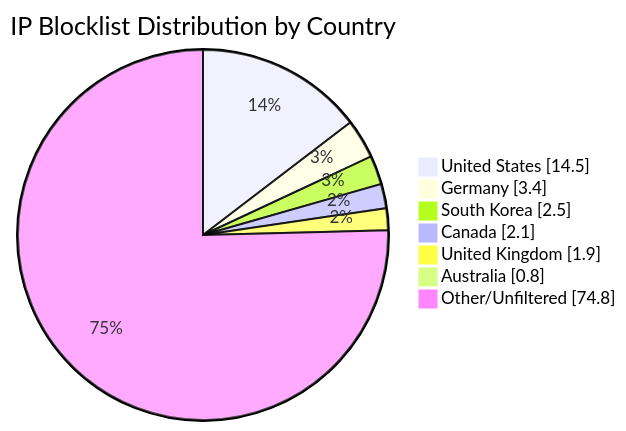
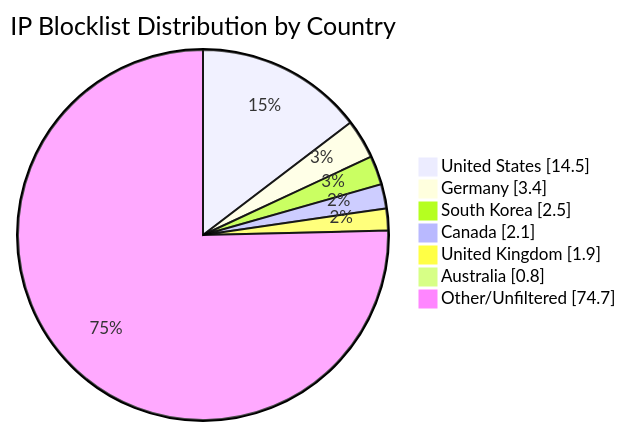
One commit to MarcusHoltz/ipblocklist-geofiltered-aggregator changed the diagram in README.md. Above: the diagram before and after it, drawn with Mermaid. The commit also changed other lines of this file and 9 other files, not shown here.

````diff
--- a/README.md
+++ b/README.md
@@ -34,10 +34,10 @@
 ```mermaid
 pie showData title IP Blocklist Distribution by Country
 "United States" : 14.5
 "Germany" : 3.4
 "South Korea" : 2.5
 "Canada" : 2.1
 "United Kingdom" : 1.9
 "Australia" : 0.8
-"Other/Unfiltered" : 74.8
+"Other/Unfiltered" : 74.7
 ```
````
